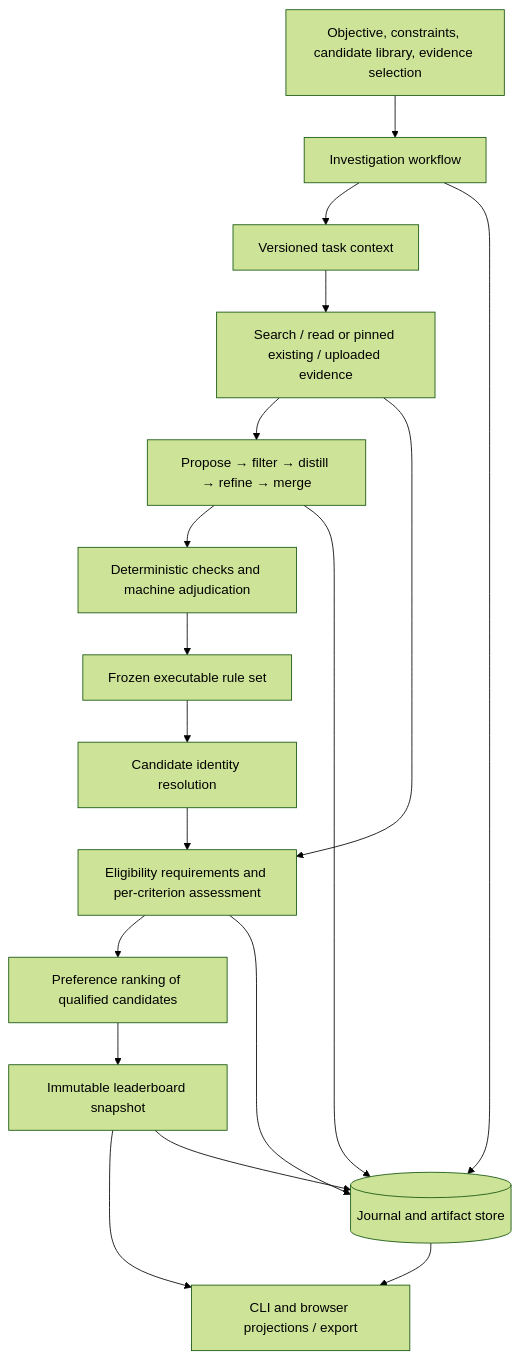
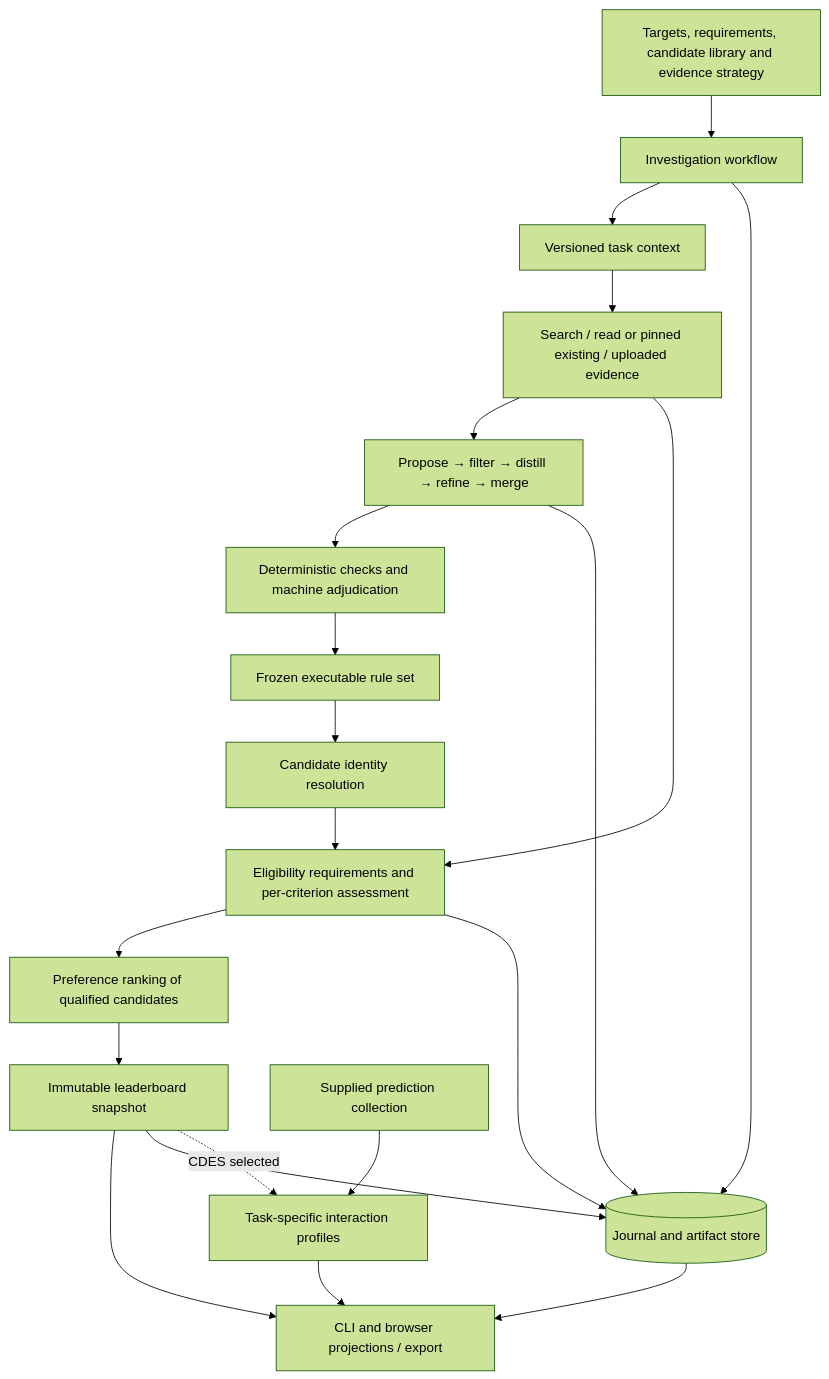
One commit to YWDDLiang03/mas changed the diagram in docs/architecture.md. Above: the diagram before and after it, drawn with Mermaid (forest theme). The commit also changed other lines of this file and 90 other files, not shown here.

Commit message:
docs: align target workflow, optional CDES and independent library setup

````diff
--- a/docs/architecture.md
+++ b/docs/architecture.md
@@ -11,25 +11,28 @@
 ```mermaid
 flowchart TD
-    Input[Objective, constraints, candidate library, evidence selection]
+    Input[Targets, requirements, candidate library and evidence strategy]
     Workflow[Investigation workflow]
     Task[Versioned task context]
     Evidence[Search / read or pinned existing / uploaded evidence]
     Pool[Propose → filter → distill → refine → merge]
     Review[Deterministic checks and machine adjudication]
     Rules[Frozen executable rule set]
     Identity[Candidate identity resolution]
     Assess[Eligibility requirements and per-criterion assessment]
     Rank[Preference ranking of qualified candidates]
     Snapshot[Immutable leaderboard snapshot]
     Journal[(Journal and artifact store)]
     UI[CLI and browser projections / export]
     Input --> Workflow --> Task
     Task --> Evidence --> Pool --> Review --> Rules
     Rules --> Identity --> Assess --> Rank --> Snapshot --> UI
     Evidence --> Assess
     Workflow --> Journal
     Pool --> Journal
     Assess --> Journal
     Snapshot --> Journal
+    Snapshot -. CDES selected .-> CDES[Task-specific interaction profiles]
+    Predictions[Supplied prediction collection] --> CDES
+    CDES --> UI
     Journal --> UI
 ```
````
